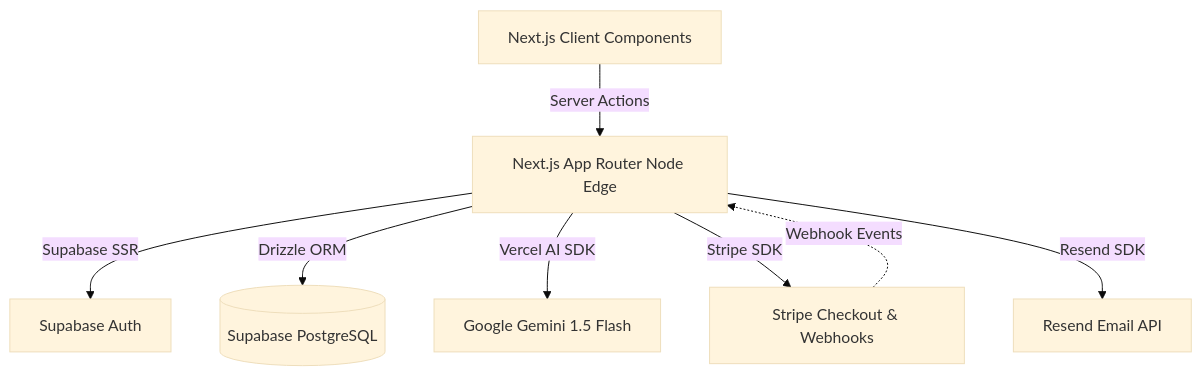
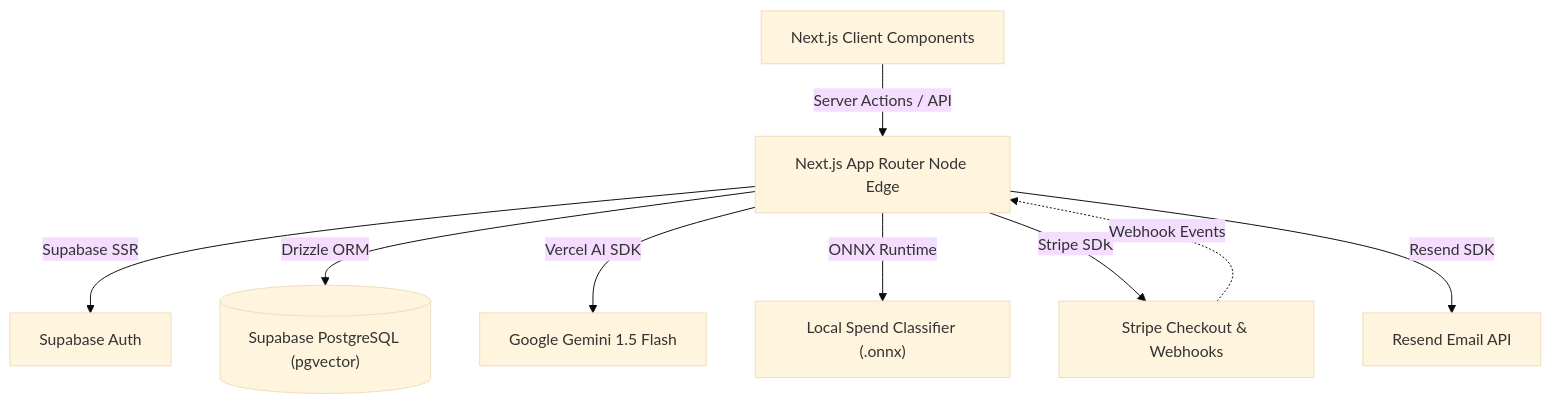
Before and after one commit to Paramveersingh-S/Huddle: the diagram in README.md, drawn with Mermaid (base theme). The commit also changed other lines of this file, not shown here.

Commit message:
docs(coach): update README with AI Money Coach architecture

````diff
--- a/README.md
+++ b/README.md
@@ -34,13 +37,14 @@
 ```mermaid
 graph TD
-    Client["Next.js Client Components"] -->|Server Actions| Server["Next.js App Router Node Edge"]
+    Client["Next.js Client Components"] -->|Server Actions / API| Server["Next.js App Router Node Edge"]
     
     Server -->|Supabase SSR| Auth["Supabase Auth"]
-    Server -->|Drizzle ORM| DB[("Supabase PostgreSQL")]
+    Server -->|Drizzle ORM| DB[("Supabase PostgreSQL (pgvector)")]
     
     Server -->|Vercel AI SDK| Gemini["Google Gemini 1.5 Flash"]
+    Server -->|ONNX Runtime| LocalModel["Local Spend Classifier (.onnx)"]
     Server -->|Stripe SDK| Stripe["Stripe Checkout & Webhooks"]
     Server -->|Resend SDK| Resend["Resend Email API"]
     
     Stripe -.->|Webhook Events| Server
 ```
````
